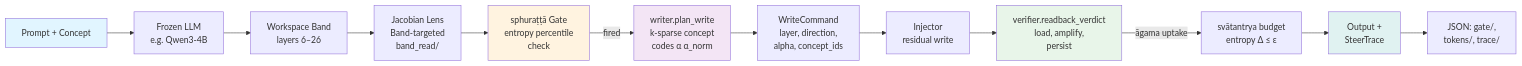
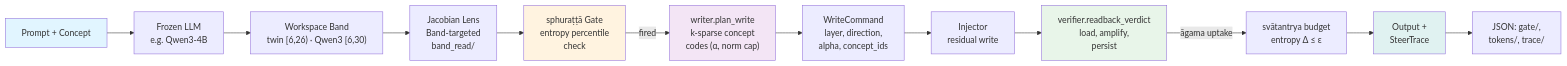
One commit to SharathSPhD/prabodha changed the first of 3 diagrams in README.md. Above: the diagram before and after it, drawn with Mermaid. The commit also changed other lines of this file and 2 other files, not shown here.

Commit message:
fix(flowcharts): review corrections — per-plant band ranges (twin [6,26), Qwen3 [6,30)), Bearer-auth label (was 'HMAC Auth'), drop nonexistent gates/.manifest, fix garbled alpha label

````diff
--- a/README.md
+++ b/README.md
@@ -34,20 +34,20 @@
 ```mermaid
 graph LR
     A["Prompt + Concept"] --> B["Frozen LLM<br/>e.g. Qwen3-4B"]
-    B --> C["Workspace Band<br/>layers 6–26"]
+    B --> C["Workspace Band<br/>twin [6,26) · Qwen3 [6,30)"]
     C --> D["Jacobian Lens<br/>Band-targeted<br/>band_read/"]
     D --> E["sphuraṭṭā Gate<br/>entropy percentile<br/>check"]
-    E -->|fired| F["writer.plan_write<br/>k-sparse concept<br/>codes α α_norm"]
+    E -->|fired| F["writer.plan_write<br/>k-sparse concept<br/>codes (α, norm cap)"]
     F --> G["WriteCommand<br/>layer, direction,<br/>alpha, concept_ids"]
     G --> H["Injector<br/>residual write"]
     H --> I["verifier.readback_verdict<br/>load, amplify,<br/>persist"]
     I -->|āgama uptake| J["svātantrya budget<br/>entropy Δ ≤ ε"]
     J --> K["Output +<br/>SteerTrace"]
     K --> L["JSON: gate/,<br/>tokens/, trace/"]
     
     style A fill:#e1f5ff
     style E fill:#fff3e0
     style F fill:#f3e5f5
     style I fill:#e8f5e9
     style K fill:#e0f2f1
 ```
````
